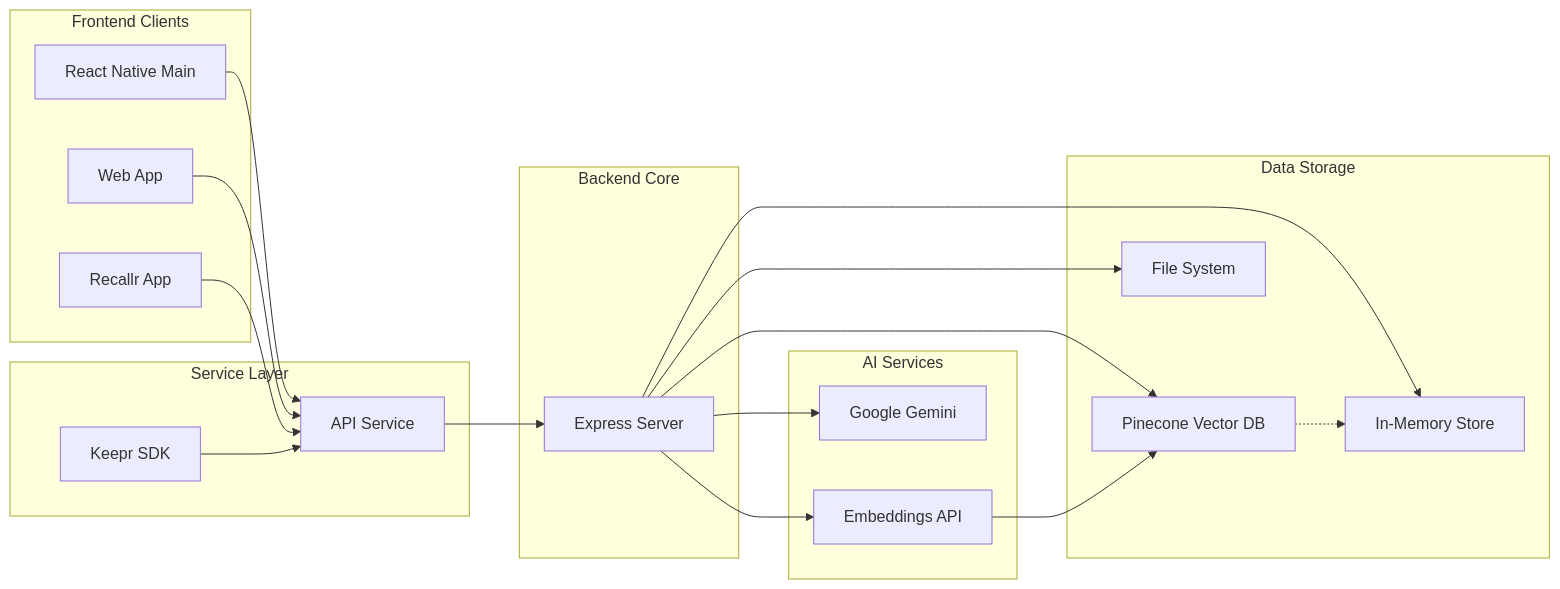
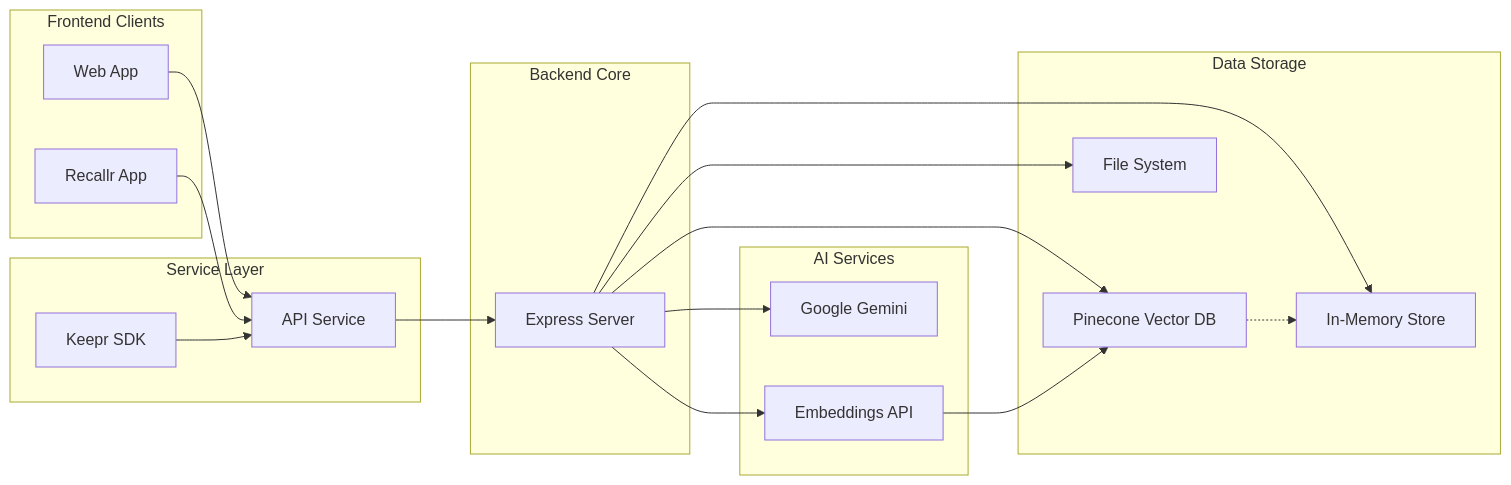
Before and after one commit to aniketmore234/Keepr: the fifth of 6 diagrams in ARCHITECTURE_DIAGRAM.md, drawn with Mermaid.

Commit message:
marmaid architecture diagram

````diff
--- a/ARCHITECTURE_DIAGRAM.md
+++ b/ARCHITECTURE_DIAGRAM.md
@@ -174,41 +174,39 @@
 ```mermaid
 graph LR
     subgraph "Frontend Clients"
-        A[React Native Main]
         B[Web App]
         C[Recallr App]
     end
     
     subgraph "Service Layer"
         D[Keepr SDK]
         E[API Service]
     end
     
     subgraph "Backend Core"
         F[Express Server]
     end
     
     subgraph "AI Services"
         G[Google Gemini]
         H[Embeddings API]
     end
     
     subgraph "Data Storage"
         I[Pinecone Vector DB]
         J[File System]
         K[In-Memory Store]
     end
     
-    A --> E
     B --> E
     C --> E
     D --> E
     E --> F
     F --> G
     F --> H
     F --> I
     F --> J
     F --> K
     H --> I
     I -.-> K
 ```
````
